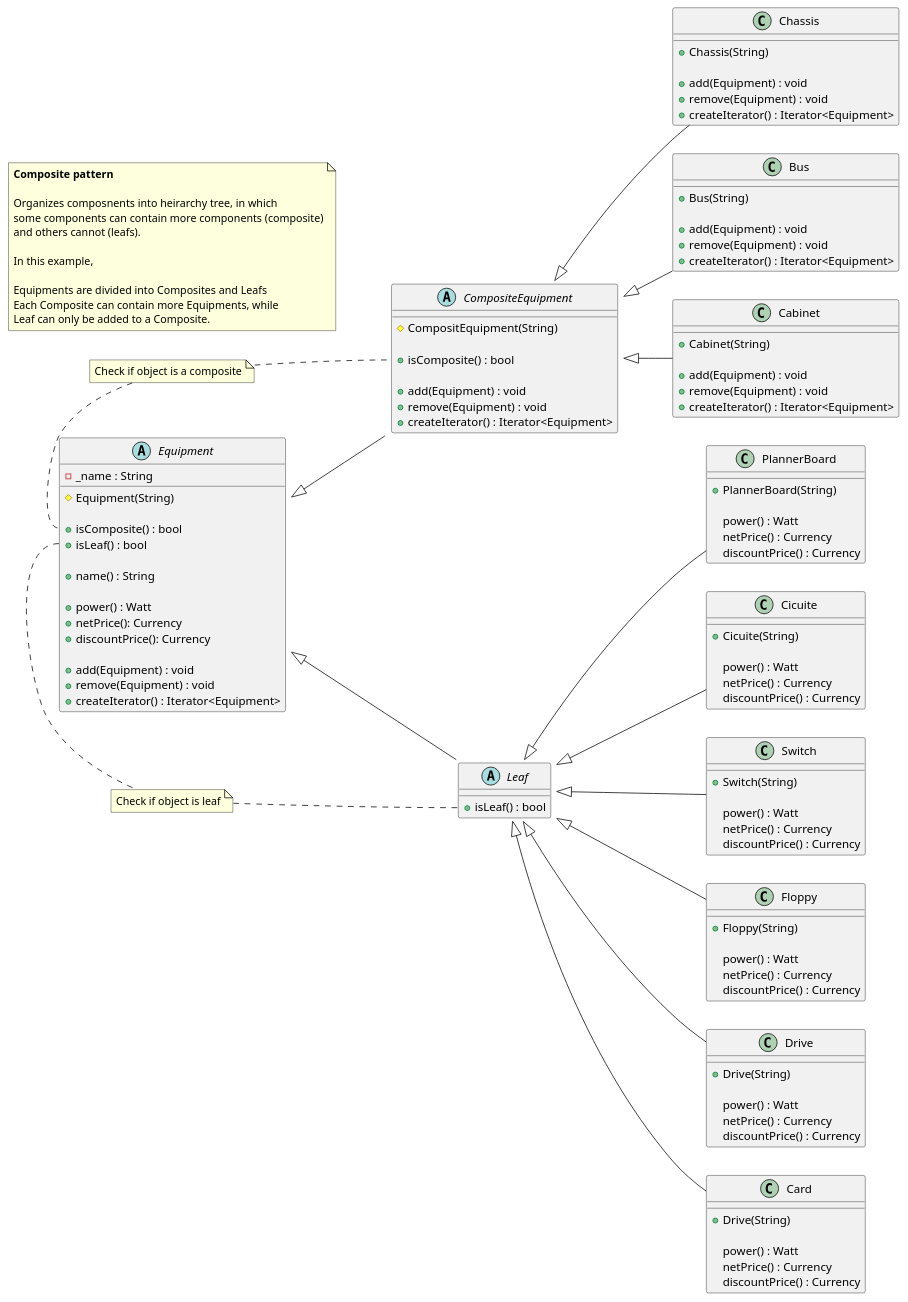
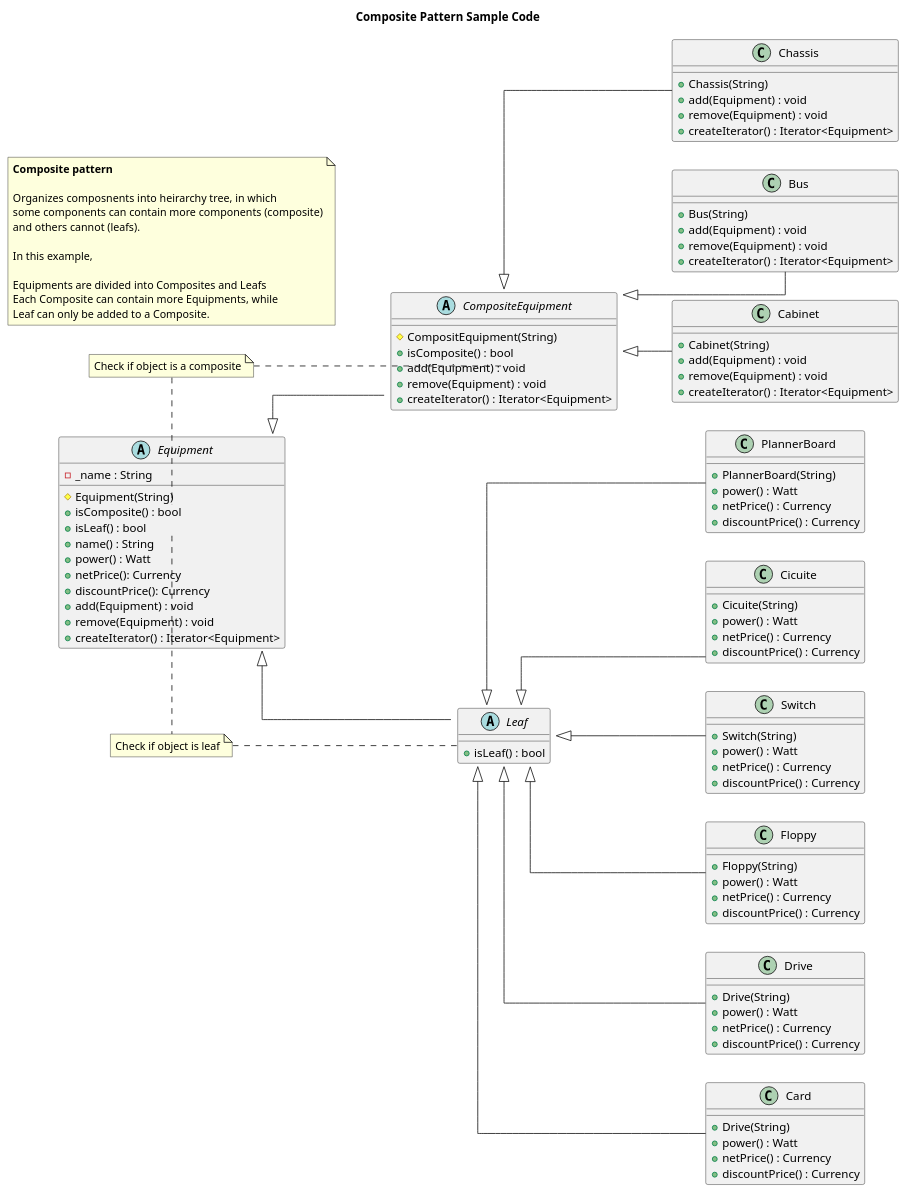
One commit to airaqi/DesignPatterns changed the diagram in workspace/projects/patterns/composite/docs/composite-code.puml. Above: the diagram before and after it, drawn with PlantUML. The commit also changed 19 other files, not shown here.

```diff
--- a/workspace/projects/patterns/composite/docs/composite-code.puml
+++ b/workspace/projects/patterns/composite/docs/composite-code.puml
@@ -1,152 +1,139 @@
 @startuml
 
 left to right direction
+skinparam linetype ortho
+
+title Composite Pattern Sample Code
 
 note as n1
     <b>Composite pattern</b> 
     
     Organizes composnents into heirarchy tree, in which
     some components can contain more components (composite)
     and others cannot (leafs).
 
     In this example,
 
     Equipments are divided into Composites and Leafs
     Each Composite can contain more Equipments, while
     Leaf can only be added to a Composite.
 end note
 
 abstract Equipment {
         - _name : String
-        
         #Equipment(String)
-        
         +isComposite() : bool
         +isLeaf() : bool
-        
         +name() : String
-
         +power() : Watt
         +netPrice(): Currency
         +discountPrice(): Currency
-        
         +add(Equipment) : void
         +remove(Equipment) : void
         +createIterator() : Iterator<Equipment>
     }
     
 abstract CompositeEquipment {
         #CompositEquipment(String)
-        
         +isComposite() : bool
-        
         +add(Equipment) : void
         +remove(Equipment) : void
         +createIterator() : Iterator<Equipment>
     }
     
 abstract Leaf {
         +isLeaf() : bool
     }
 
 note as n2
     Check if object is a composite
 end note
 
 n2 .. CompositeEquipment::isComposite
 n2 .right. Equipment::isComposite
 
 note as n3
     Check if object is leaf
 end note
 
 n3 .. Leaf::isLeaf
 n3 .left. Equipment::isLeaf
 
 class Floppy {
         +Floppy(String)
-        
-        power() : Watt
-        netPrice() : Currency
-        discountPrice() : Currency
+        +power() : Watt
+        +netPrice() : Currency
+        +discountPrice() : Currency
     }
     
 class Drive {
         +Drive(String)
-        
-        power() : Watt
-        netPrice() : Currency
-        discountPrice() : Currency
+        +power() : Watt
+        +netPrice() : Currency
+        +discountPrice() : Currency
     }
     
 class Card {
         +Drive(String)
-        
-        power() : Watt
-        netPrice() : Currency
-        discountPrice() : Currency
+        +power() : Watt
+        +netPrice() : Currency
+        +discountPrice() : Currency
     }
     
 class PlannerBoard {
         +PlannerBoard(String)
-        
-        power() : Watt
-        netPrice() : Currency
-        discountPrice() : Currency
+        +power() : Watt
+        +netPrice() : Currency
+        +discountPrice() : Currency
     }
     
 class Cicuite {
         +Cicuite(String)
-        
-        power() : Watt
-        netPrice() : Currency
-        discountPrice() : Currency
+        +power() : Watt
+        +netPrice() : Currency
+        +discountPrice() : Currency
     }
     
 class Switch {
         +Switch(String)
-        
-        power() : Watt
-        netPrice() : Currency
-        discountPrice() : Currency
+        +power() : Watt
+        +netPrice() : Currency
+        +discountPrice() : Currency
     }
     
 class Chassis {
         +Chassis(String)
-        
         +add(Equipment) : void
         +remove(Equipment) : void
         +createIterator() : Iterator<Equipment>
         }
     
 class Bus {
         +Bus(String)
-        
         +add(Equipment) : void
         +remove(Equipment) : void
         +createIterator() : Iterator<Equipment>
         }
     
 class Cabinet {
         +Cabinet(String)
-        
         +add(Equipment) : void
         +remove(Equipment) : void
         +createIterator() : Iterator<Equipment>
         }
     
 Equipment <|-- Leaf
 Equipment <|-- CompositeEquipment
 
 Leaf <|-- Floppy
 Leaf <|-- Drive
 Leaf <|-- Card
 Leaf <|-- PlannerBoard
 Leaf <|-- Cicuite
 Leaf <|-- Switch
 
 CompositeEquipment <|-- Chassis
 CompositeEquipment <|-- Bus
 CompositeEquipment <|-- Cabinet
 
 @enduml
```
